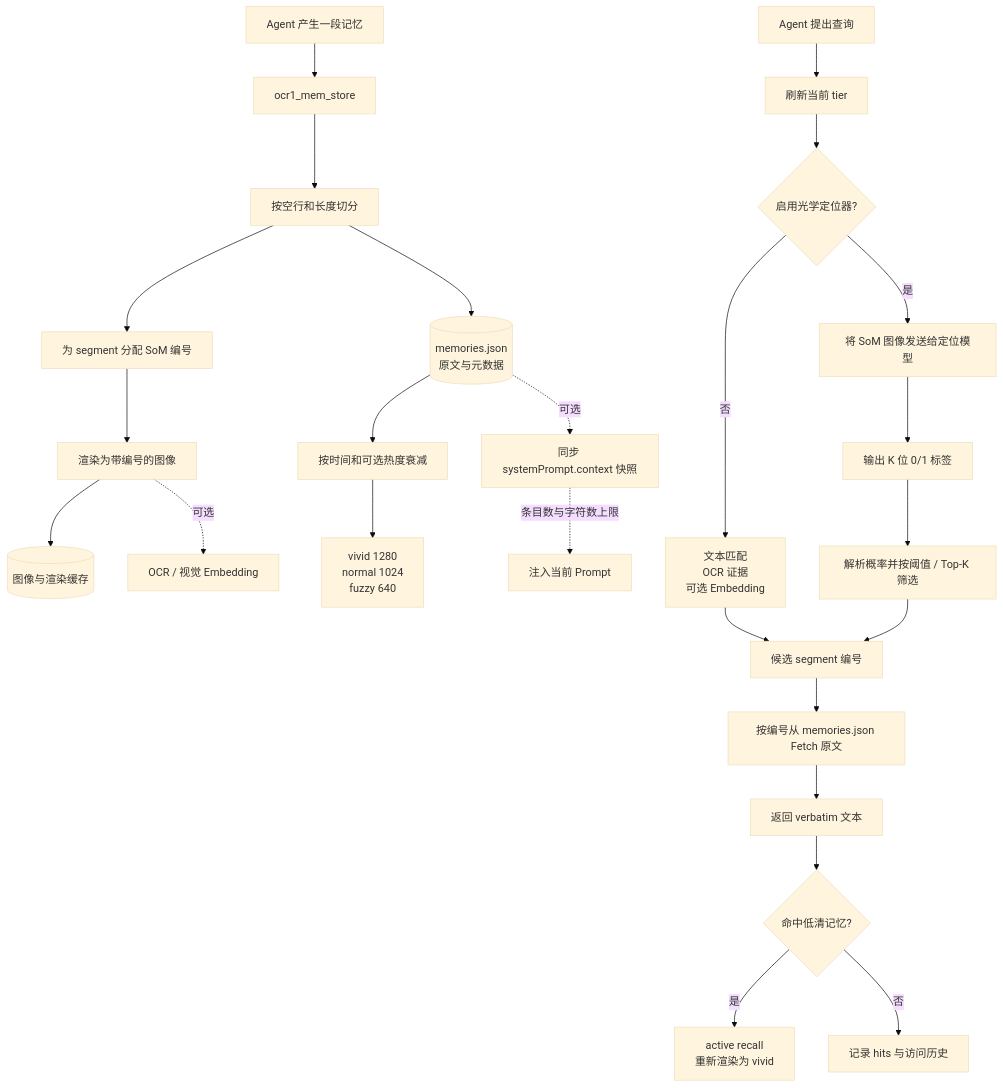
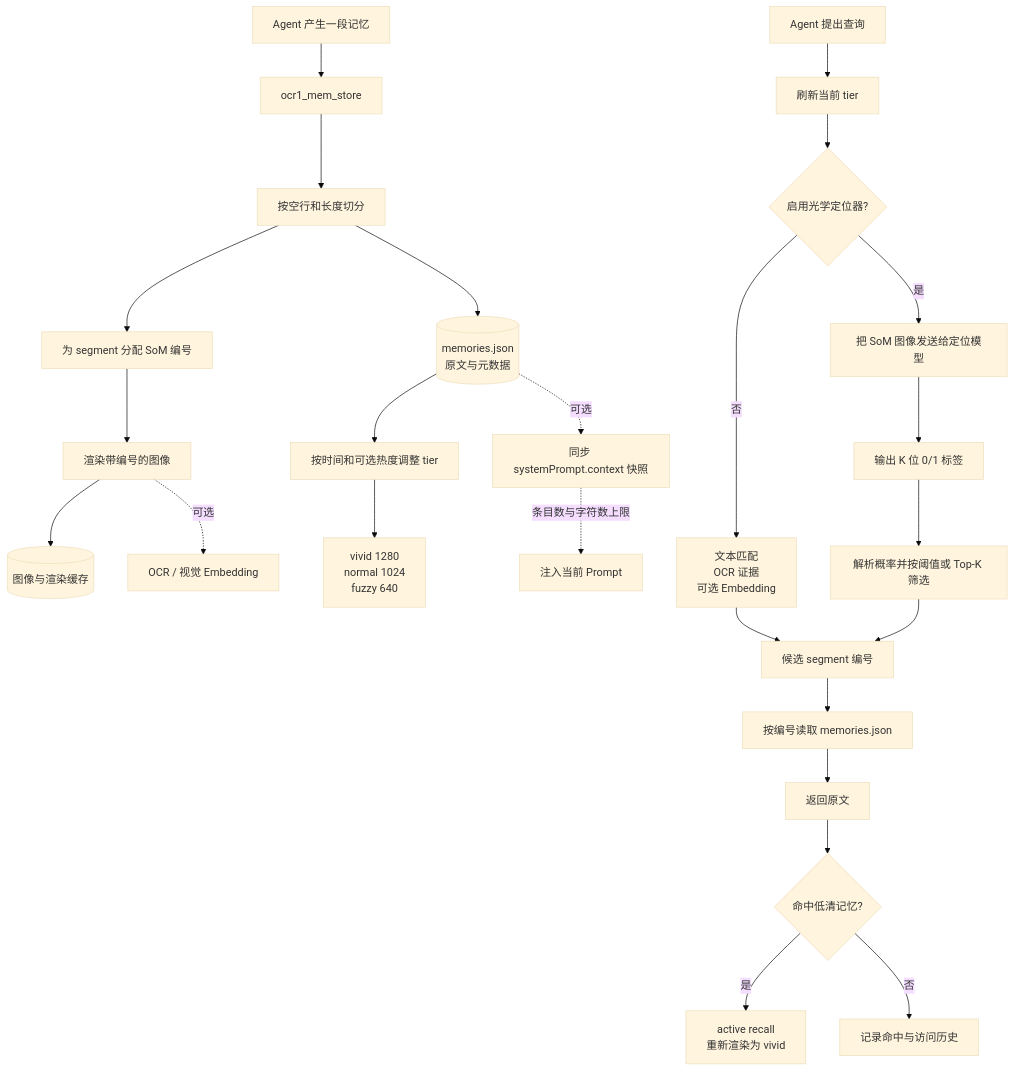
Before and after one commit to DDDFXYqiming/dsh-ocr1-memory: the diagram in docs/OPTICAL_MEMORY_WORKFLOW.md, drawn with Mermaid (base theme). The commit also changed other lines of this file and 3 other files, not shown here.

````diff
--- a/docs/OPTICAL_MEMORY_WORKFLOW.md
+++ b/docs/OPTICAL_MEMORY_WORKFLOW.md
@@ -20,30 +16,27 @@
 ```mermaid
 flowchart TD
     A[Agent 产生一段记忆] --> B[ocr1_mem_store]
     B --> C[按空行和长度切分]
     C --> D[为 segment 分配 SoM 编号]
-    D --> E[渲染为带编号的图像]
+    D --> E[渲染带编号的图像]
     C --> F[(memories.json<br/>原文与元数据)]
     E --> G[(图像与渲染缓存)]
     E -.可选.-> H[OCR / 视觉 Embedding]
-
-    F --> I[按时间和可选热度衰减]
+    F --> I[按时间和可选热度调整 tier]
     I --> J[vivid 1280<br/>normal 1024<br/>fuzzy 640]
-
     Q[Agent 提出查询] --> R[刷新当前 tier]
     R --> S{启用光学定位器?}
     S -- 否 --> T[文本匹配<br/>OCR 证据<br/>可选 Embedding]
-    S -- 是 --> U[将 SoM 图像发送给定位模型]
+    S -- 是 --> U[把 SoM 图像发送给定位模型]
     U --> V[输出 K 位 0/1 标签]
-    V --> W[解析概率并按阈值 / Top-K 筛选]
+    V --> W[解析概率并按阈值或 Top-K 筛选]
     T --> X[候选 segment 编号]
     W --> X
-    X --> Y[按编号从 memories.json Fetch 原文]
-    Y --> Z[返回 verbatim 文本]
+    X --> Y[按编号读取 memories.json]
+    Y --> Z[返回原文]
     Z --> AA{命中低清记忆?}
     AA -- 是 --> AB[active recall<br/>重新渲染为 vivid]
-    AA -- 否 --> AC[记录 hits 与访问历史]
-
+    AA -- 否 --> AC[记录命中与访问历史]
     F -.可选.-> AD[同步 systemPrompt.context 快照]
     AD -.条目数与字符数上限.-> AE[注入当前 Prompt]
 ```
````
